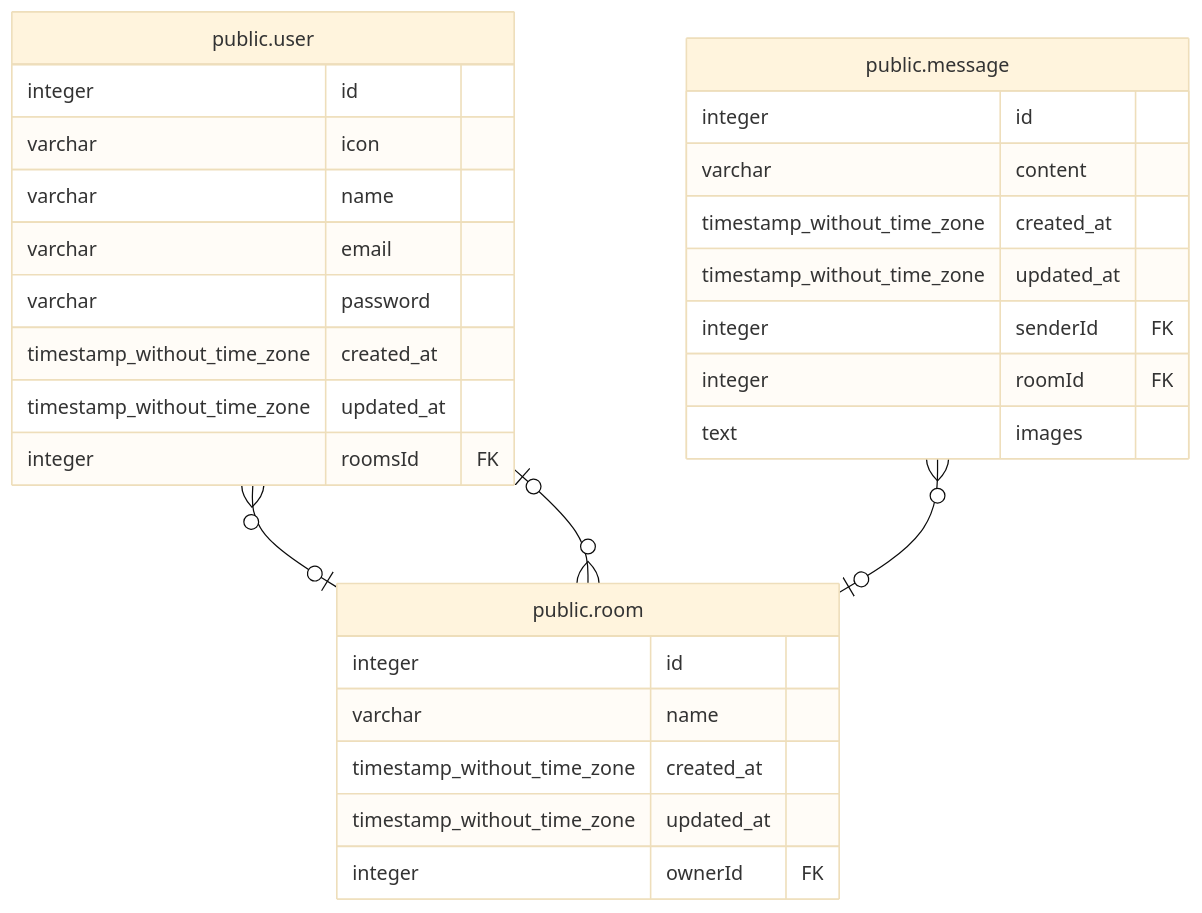
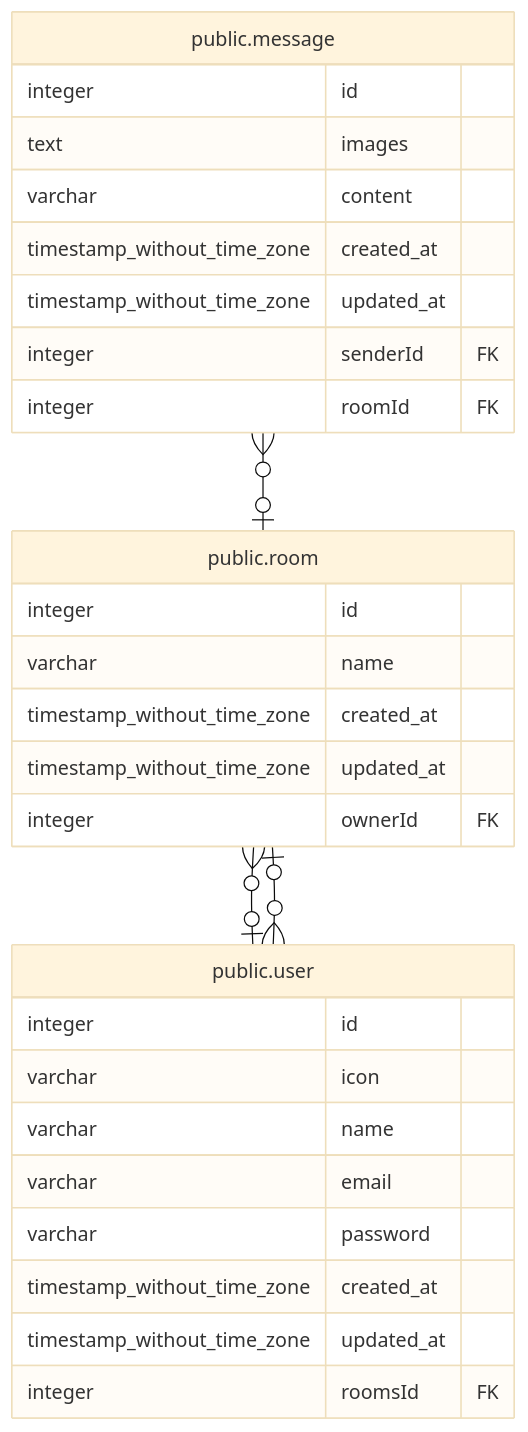
The diagram in docs/dbschema/public.room.md (yumekiti-archive/chat), drawn with Mermaid (base theme) before and after one commit. The commit also changed other lines of this file and 6 other files, not shown here.

````diff
--- a/docs/dbschema/public.room.md
+++ b/docs/dbschema/public.room.md
@@ -30,34 +30,34 @@
 ```mermaid
 erDiagram
 
+"public.message" }o--o| "public.room" : ""
 "public.user" }o--o| "public.room" : ""
-"public.message" }o--o| "public.room" : ""
 "public.room" }o--o| "public.user" : ""
 
 "public.room" {
   integer id
   varchar name
   timestamp_without_time_zone created_at
   timestamp_without_time_zone updated_at
   integer ownerId FK
+}
+"public.message" {
+  integer id
+  text images
+  varchar content
+  timestamp_without_time_zone created_at
+  timestamp_without_time_zone updated_at
+  integer senderId FK
+  integer roomId FK
 }
 "public.user" {
   integer id
   varchar icon
   varchar name
   varchar email
   varchar password
   timestamp_without_time_zone created_at
   timestamp_without_time_zone updated_at
   integer roomsId FK
 }
-"public.message" {
-  integer id
-  varchar content
-  timestamp_without_time_zone created_at
-  timestamp_without_time_zone updated_at
-  integer senderId FK
-  integer roomId FK
-  text images
-}
 ```
````
